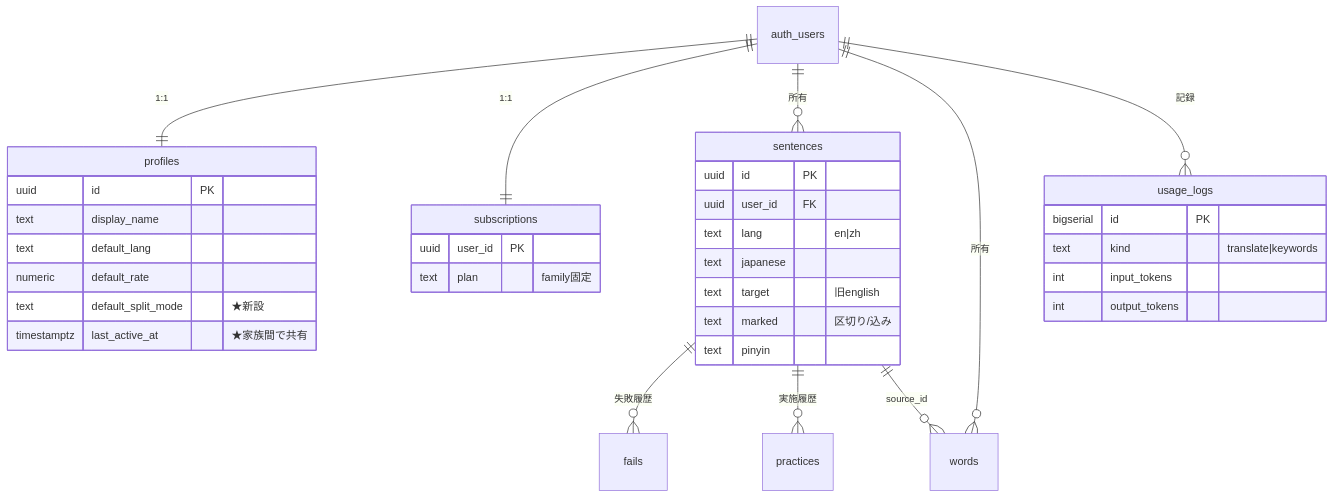
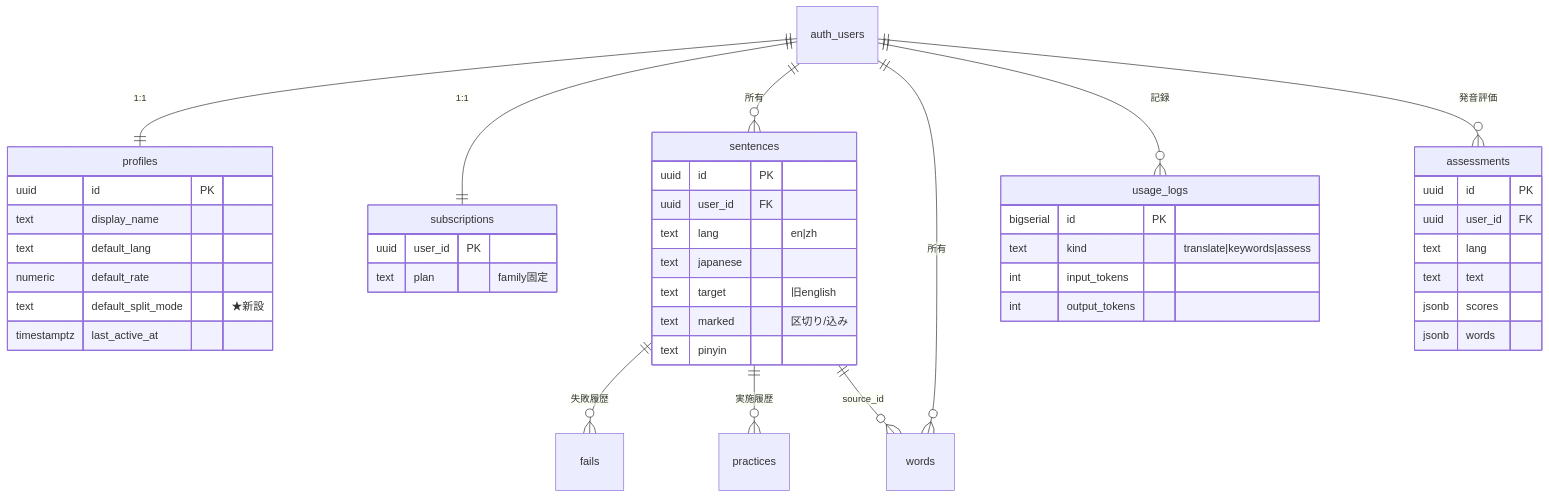
Before and after one commit to hisataka0206/englishLearningApp: the second of 5 diagrams in docs/10-specs/family-edition-spec.md, drawn with Mermaid. The commit also changed other lines of this file and 17 other files, not shown here.

````diff
--- a/docs/10-specs/family-edition-spec.md
+++ b/docs/10-specs/family-edition-spec.md
@@ -50,39 +56,48 @@
 ```mermaid
 erDiagram
     auth_users ||--|| profiles : "1:1"
     auth_users ||--|| subscriptions : "1:1"
     auth_users ||--o{ sentences : "所有"
     auth_users ||--o{ words : "所有"
     auth_users ||--o{ usage_logs : "記録"
+    auth_users ||--o{ assessments : "発音評価"
     sentences ||--o{ fails : "失敗履歴"
     sentences ||--o{ practices : "実施履歴"
     sentences ||--o{ words : "source_id"
 
     profiles {
         uuid id PK
         text display_name
         text default_lang
         numeric default_rate
         text default_split_mode "★新設"
-        timestamptz last_active_at "★家族間で共有"
+        timestamptz last_active_at
     }
     sentences {
         uuid id PK
         uuid user_id FK
         text lang "en|zh"
         text japanese
         text target "旧english"
         text marked "区切り/込み"
         text pinyin
     }
     subscriptions {
         uuid user_id PK
         text plan "family固定"
     }
     usage_logs {
         bigserial id PK
-        text kind "translate|keywords"
+        text kind "translate|keywords|assess"
         int input_tokens
         int output_tokens
     }
+    assessments {
+        uuid id PK
+        uuid user_id FK
+        text lang
+        text text
+        jsonb scores
+        jsonb words
+    }
 ```
````
